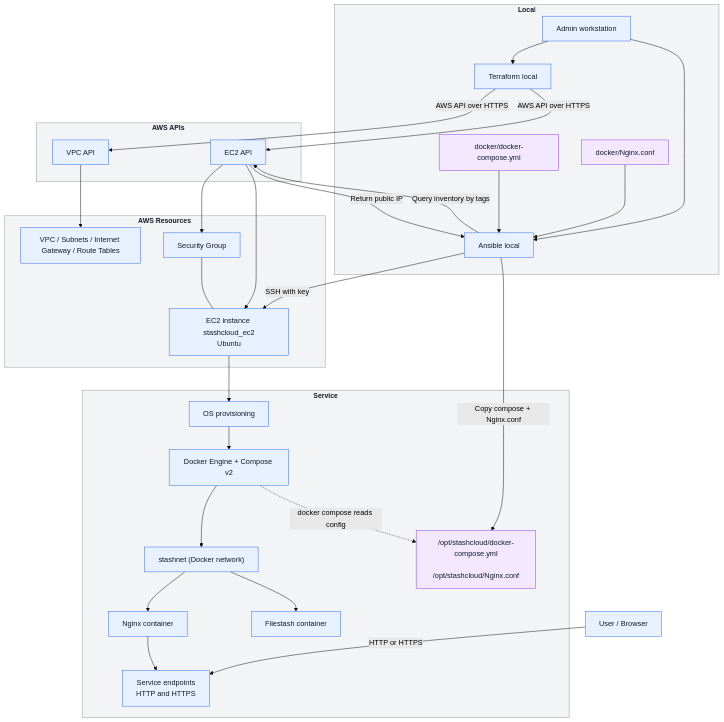
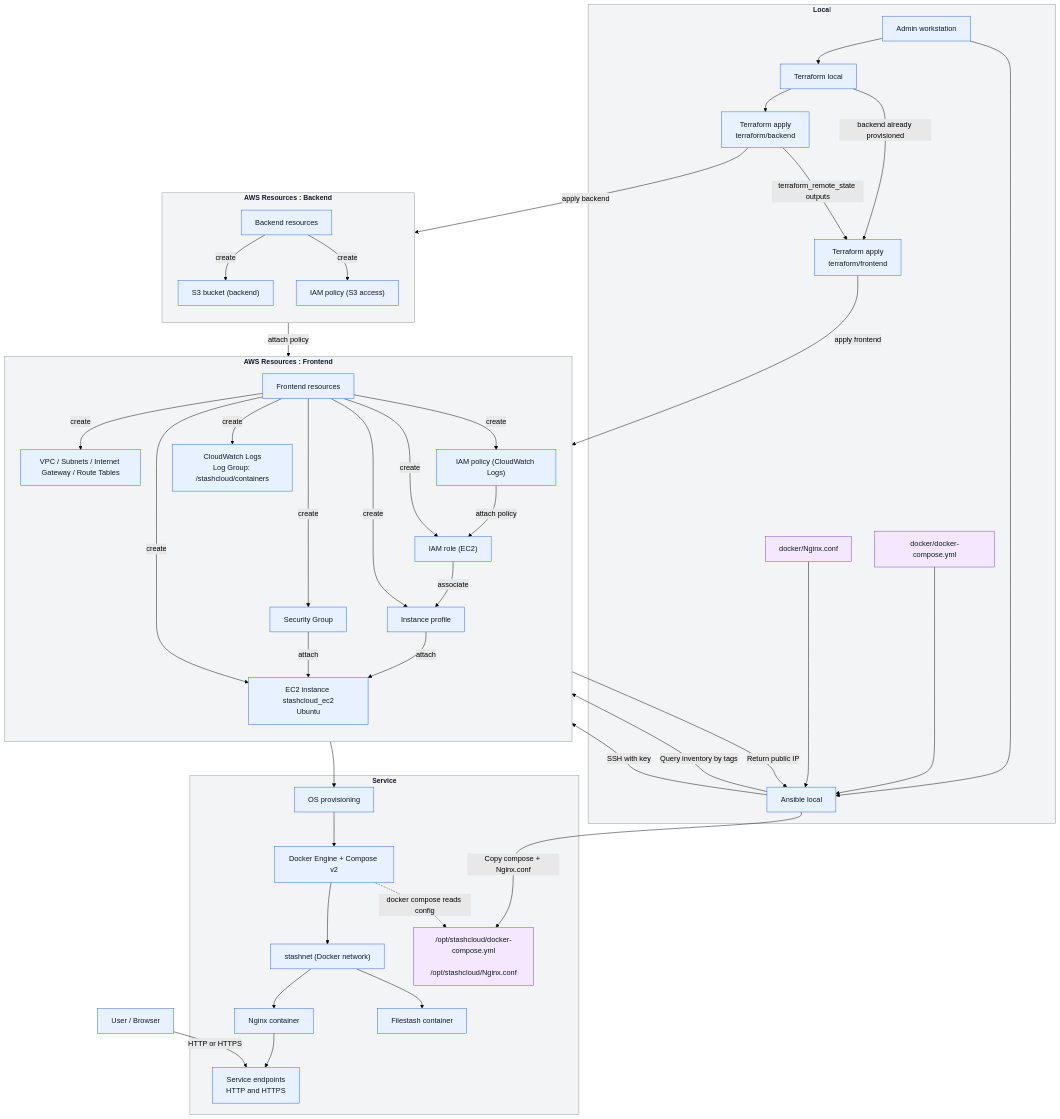
One commit to gsiegwald/stashcloud changed the second of 2 diagrams in README.md. Above: the diagram before and after it, drawn with Mermaid (forest theme). The commit also changed 1 other file, not shown here.

````diff
--- a/README.md
+++ b/README.md
@@ -151,25 +151,31 @@
 ```mermaid
----
-config:
-  layout: default
----
 flowchart TB
   subgraph L[" Local "]
     U["Admin workstation"]
     TF["Terraform local"]
+    TFB["Terraform apply<br/>terraform/backend"]
+    TFF["Terraform apply<br/>terraform/frontend"]
     ANS["Ansible local"]
     DC["docker/docker-compose.yml"]
     NC["docker/Nginx.conf"]
   end
 
-  subgraph CP["AWS APIs"]
-    VPCAPI["VPC API"]
-    EC2API["EC2 API"]
+  subgraph BK["AWS Resources : Backend"]
+    direction TB
+    BKRES["Backend resources"]
+    S3B["S3 bucket (backend)"]
+    S3POL["IAM policy (S3 access)"]
   end
 
-  subgraph DP["AWS Resources"]
+  subgraph FR["AWS Resources : Frontend"]
+    direction TB
+    FRRES["Frontend resources"]
     VPC["VPC / Subnets / Internet Gateway / Route Tables"]
     SG["Security Group"]
+    IAMROLE["IAM role (EC2)"]
+    IAMPF["Instance profile"]
+    LOGPOL["IAM policy (CloudWatch Logs)"]
+    CWLG["CloudWatch Logs<br/>Log Group: /stashcloud/containers"]
     EC2["EC2 instance stashcloud_ec2\nUbuntu"]
   end
 
@@ -185,12 +191,31 @@
   end
 
   U --> TF & ANS
-  TF -- AWS API over HTTPS --> VPCAPI & EC2API
-  VPCAPI --> VPC
-  EC2API --> SG & EC2
-  SG --- EC2
-  ANS -- Query inventory by tags --> EC2API
-  EC2API -- Return public IP --> ANS
+  TF --> TFB
+  TF -- "backend already provisioned" --> TFF
+
+  TFB -- "apply backend" --> BKRES
+  BKRES -- "create" --> S3B
+  BKRES -- "create" --> S3POL
+
+  TFB -- "terraform_remote_state outputs" --> TFF
+
+  TFF -- "apply frontend" --> FRRES
+  FRRES -- "create" --> VPC
+  FRRES -- "create" --> SG
+  FRRES -- "create" --> EC2
+  FRRES -- "create" --> IAMROLE
+  FRRES -- "create" --> IAMPF
+  FRRES -- "create" --> LOGPOL
+  FRRES -- "create" --> CWLG
+
+  SG -- "attach" --> EC2
+  IAMROLE -- "associate" --> IAMPF -- "attach" --> EC2
+  S3POL -- "attach policy" --> IAMROLE
+  LOGPOL -- "attach policy" --> IAMROLE
+
+  ANS -- Query inventory by tags --> EC2
+  EC2 -- Return public IP --> ANS
   ANS -- SSH with key --> EC2
 
   ANS -- Copy compose + Nginx.conf --> OPT
@@ -203,15 +228,19 @@
   B["User / Browser"] -- HTTP or HTTPS --> EP
   DOCKER -. "docker compose reads config" .-> OPT
 
+
+
 %% ---- Subgraph styling (backgrounds) ----
 style L  fill:#F3F4F6,stroke:#949494,stroke-width:1px,color:#111827,font-size:15px,font-weight:bold
-style CP fill:#F3F4F6,stroke:#949494,stroke-width:1px,color:#111827,font-size:15px,font-weight:bold
-style DP fill:#F3F4F6,stroke:#949494,stroke-width:1px,color:#111827,font-size:15px,font-weight:bold
+style BK fill:#F3F4F6,stroke:#949494,stroke-width:1px,color:#111827,font-size:15px,font-weight:bold
+style FR fill:#F3F4F6,stroke:#949494,stroke-width:1px,color:#111827,font-size:15px,font-weight:bold
 style APP fill:#F3F4F6,stroke:#949494,stroke-width:1px,color:#111827,font-size:15px,font-weight:bold
 %% ---- Node styling ----
 classDef fileNode fill:#F3E8FF,stroke:#7C3AED,stroke-width:1px,color:#111827;
 classDef default  fill:#E8F1FF,stroke:#2563EB,stroke-width:1px,color:#111827;
+classDef anchorNode fill:transparent,stroke:transparent,stroke-width:0px,color:transparent;
 
 %% Apply file style to file nodes
 class DC,NC,OPT fileNode;
+
 ```
````
